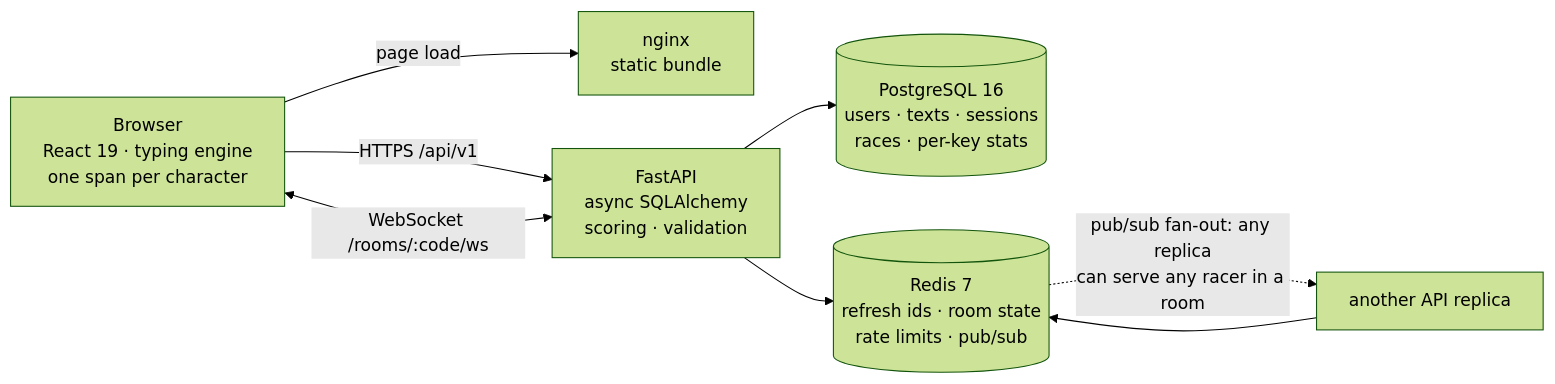
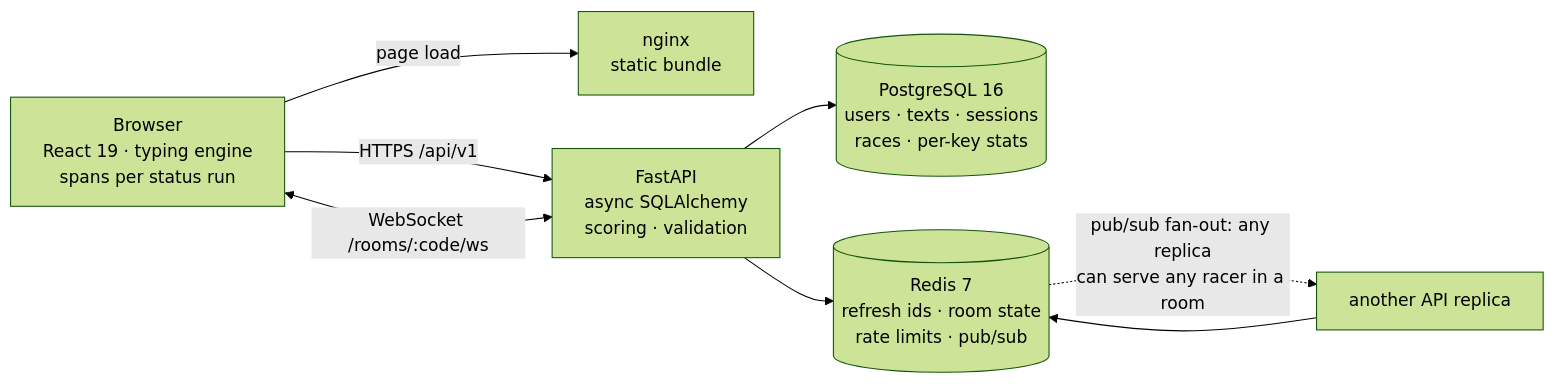
The first of 2 diagrams in README.md (Nell-Kh/multilingual-typing-race), drawn with Mermaid (forest theme) before and after one commit. The commit also changed other lines of this file and 10 other files, not shown here.

````diff
--- a/README.md
+++ b/README.md
@@ -93,17 +93,17 @@
 ```mermaid
 flowchart LR
-    B["Browser<br/>React 19 · typing engine<br/>one span per character"]
+    B["Browser<br/>React 19 · typing engine<br/>spans per status run"]
     W["nginx<br/>static bundle"]
     A["FastAPI<br/>async SQLAlchemy<br/>scoring · validation"]
     A2["another API replica"]
     P[("PostgreSQL 16<br/>users · texts · sessions<br/>races · per-key stats")]
     R[("Redis 7<br/>refresh ids · room state<br/>rate limits · pub/sub")]
 
     B -- "page load" --> W
     B -- "HTTPS /api/v1" --> A
     B <-- "WebSocket /rooms/:code/ws" --> A
     A --> P
     A --> R
     A2 --> R
     R -. "pub/sub fan-out: any replica<br/>can serve any racer in a room" .-> A2
 ```
````
